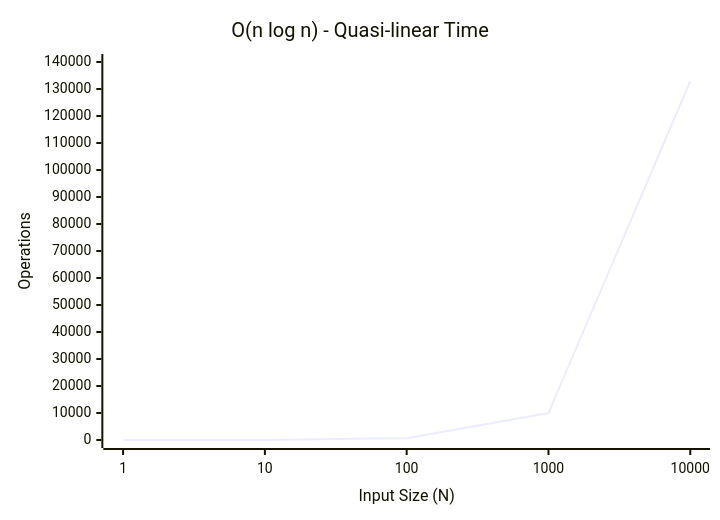
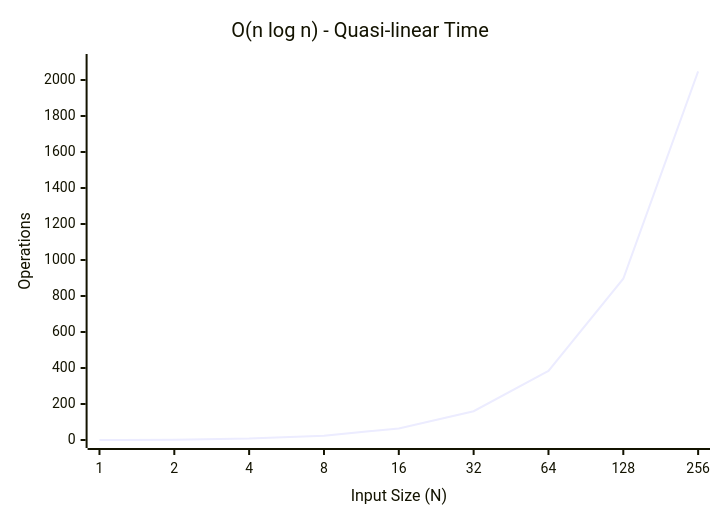
The fourth of 6 diagrams in 01_inbox/algorithm/algo-complexity-and-big-o.md (youngmin-gwon/what-i-studied), drawn with Mermaid before and after one commit. The commit also changed other lines of this file, not shown here.

````diff
--- a/01_inbox/algorithm/algo-complexity-and-big-o.md
+++ b/01_inbox/algorithm/algo-complexity-and-big-o.md
@@ -94,7 +94,7 @@
 ```mermaid
 xychart-beta
     title "O(n log n) - Quasi-linear Time"
-    x-axis "Input Size (N)" [1, 10, 100, 1000, 10000]
-    y-axis "Operations" 0 --> 140000
-    line "O(n log n)" [0, 33, 664, 9966, 132877]
+    x-axis "Input Size (N)" [1, 2, 4, 8, 16, 32, 64, 128, 256]
+    y-axis "Operations" 0 --> 2100
+    line "O(n log n)" [0, 2, 8, 24, 64, 160, 384, 896, 2048]
 ```
````
